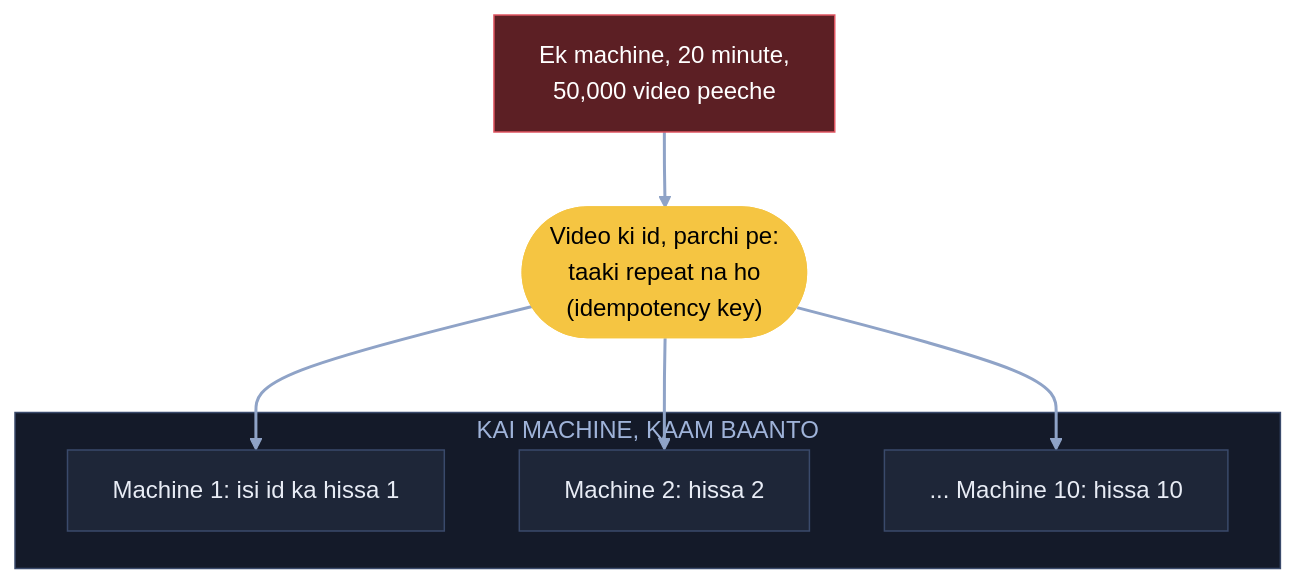
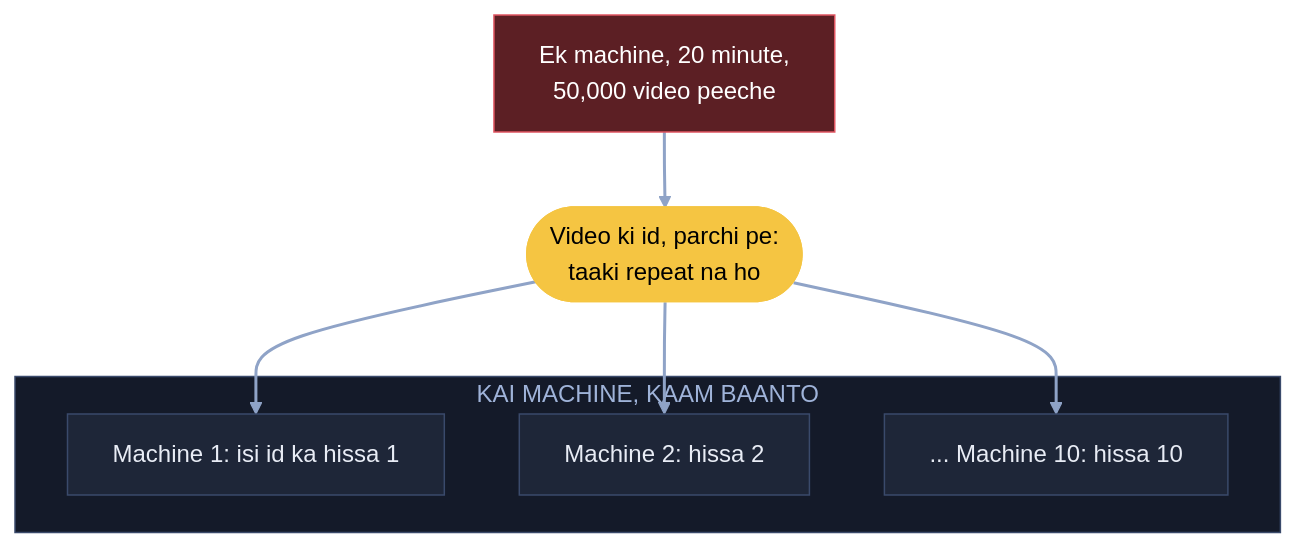
One commit to ArpanMaheshwari144/Prep changed diagram 12 of 21 in 04_HLD/SYSTEM_DESIGNS/03_twitter_feed/03_twitter_feed.md. Above: the diagram before and after it, drawn with Mermaid. The commit also changed other lines of this file and 20 other files, not shown here.

Commit message:
Diagram: sirf hand notes wale naam rahe (66 apne joda naam hataye); README 22-Nov tak update

````diff
--- a/04_HLD/SYSTEM_DESIGNS/03_twitter_feed/03_twitter_feed.md
+++ b/04_HLD/SYSTEM_DESIGNS/03_twitter_feed/03_twitter_feed.md
@@ -443,20 +443,20 @@
 ```mermaid
 flowchart TB
     X["Ek machine, 20 minute,<br/>50,000 video peeche"]:::bad
-    P(["Video ki id, parchi pe:<br/>taaki repeat na ho<br/>(idempotency key)"]):::pill
+    P(["Video ki id, parchi pe:<br/>taaki repeat na ho"]):::pill
     subgraph KM["KAI MACHINE, KAAM BAANTO"]
         W1["Machine 1: isi id ka hissa 1"]:::card
         W2["Machine 2: hissa 2"]:::card
         WN["... Machine 10: hissa 10"]:::card
     end
     X --> P
     P --> W1
     P --> W2
     P --> WN
     linkStyle default stroke:#8fa3c7,stroke-width:2px
     classDef card fill:#1e2638,stroke:#3a4a6b,color:#e8ecf5
     classDef pill fill:#f5c542,stroke:#f5c542,color:#000
     classDef good fill:#2e7d4f,stroke:#3fbf6f,color:#fff
     classDef bad fill:#5c1f24,stroke:#e05561,color:#fff
     style KM fill:#141a29,stroke:#3a4a6b,color:#9fb3d9
 ```
````
